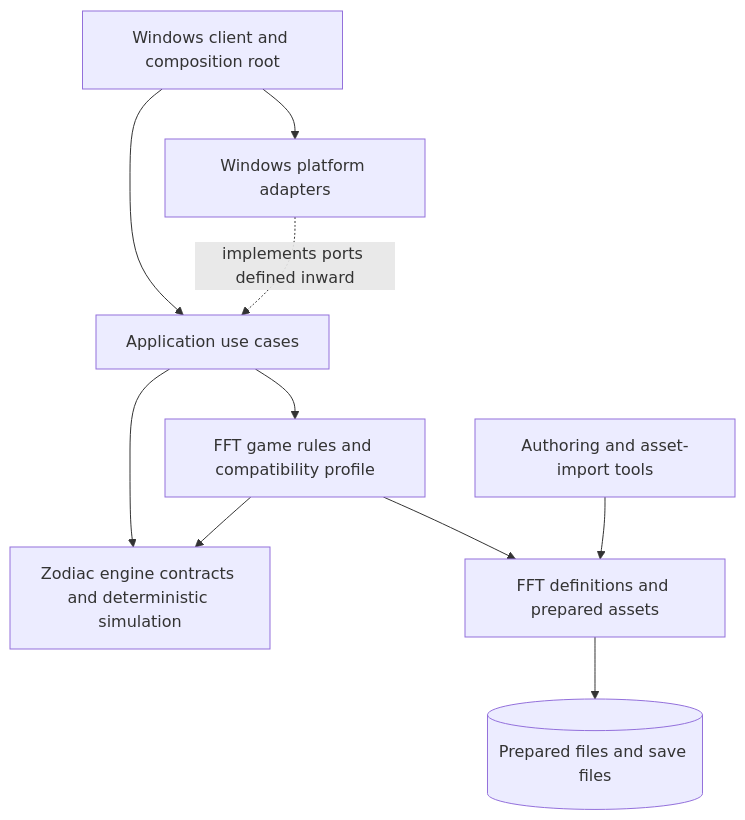
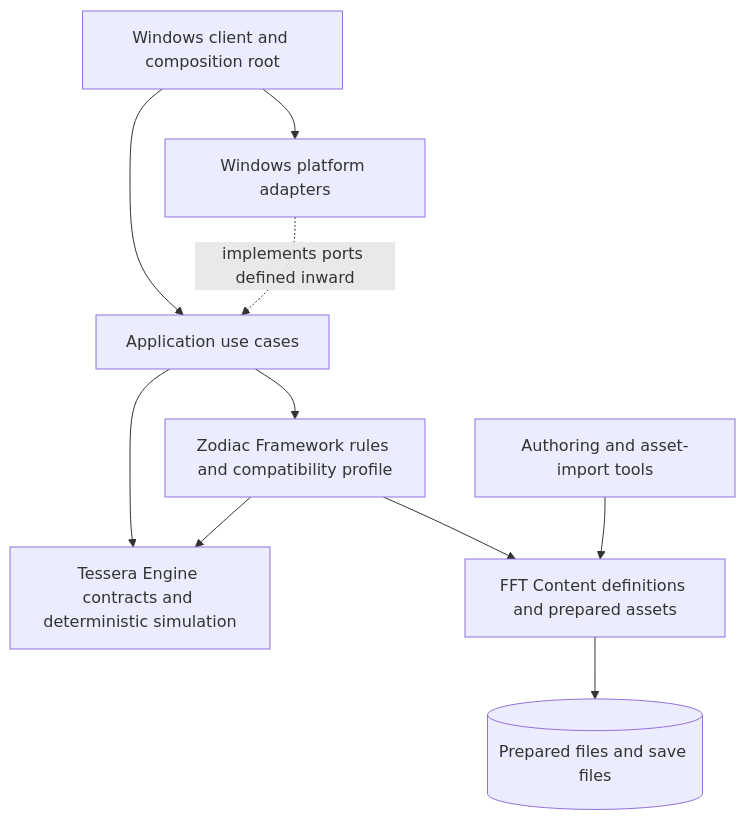
The diagram in docs/architecture/overview.md (jonwong84/fft-experimental-project), drawn with Mermaid before and after one commit. The commit also changed other lines of this file and 524 other files, not shown here.

First line of the commit message:
refactor: rename engine to Tessera and framework to Zodiac

````diff
--- a/docs/architecture/overview.md
+++ b/docs/architecture/overview.md
@@ -131,21 +131,21 @@
 ```mermaid
 flowchart TD
     Client[Windows client and composition root]
     App[Application use cases]
-    Engine[Zodiac engine contracts and deterministic simulation]
-    FftGame[FFT game rules and compatibility profile]
-    FftData[FFT definitions and prepared assets]
+    Engine[Tessera Engine contracts and deterministic simulation]
+    FftGame[Zodiac Framework rules and compatibility profile]
+    FftData[FFT Content definitions and prepared assets]
     Win[Windows platform adapters]
     Tool[Authoring and asset-import tools]
     Files[(Prepared files and save files)]
 
     Client --> App
     Client --> Win
     App --> FftGame
     App --> Engine
     FftGame --> Engine
     FftGame --> FftData
     Win -. implements ports defined inward .-> App
     Tool --> FftData
     FftData --> Files
 ```
````
